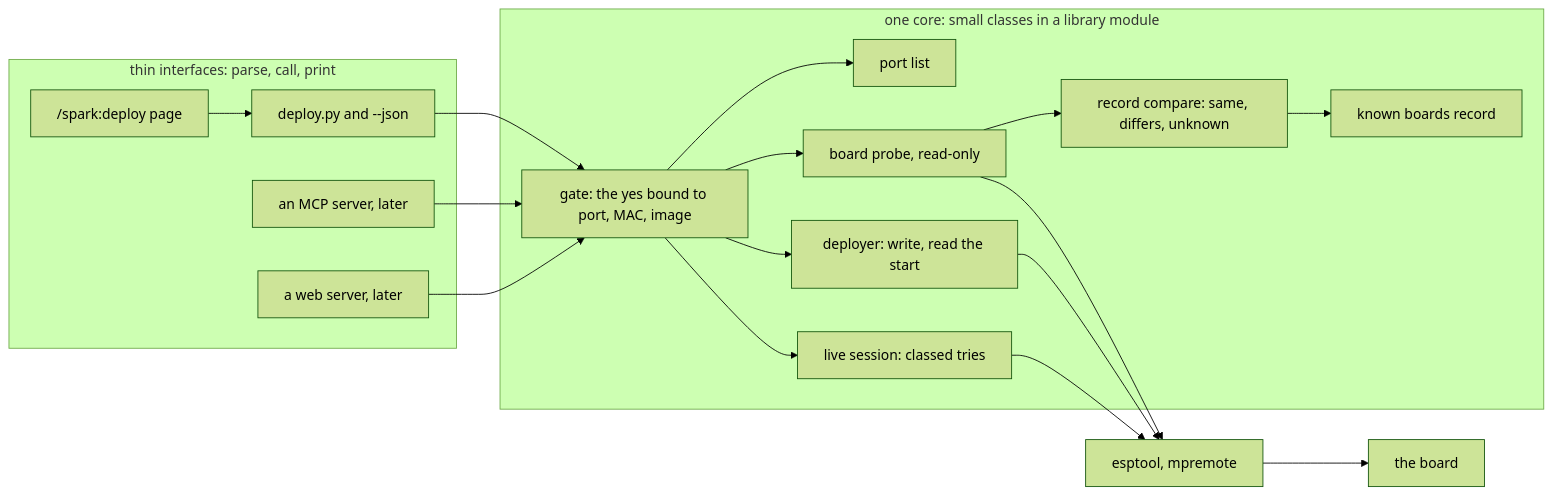
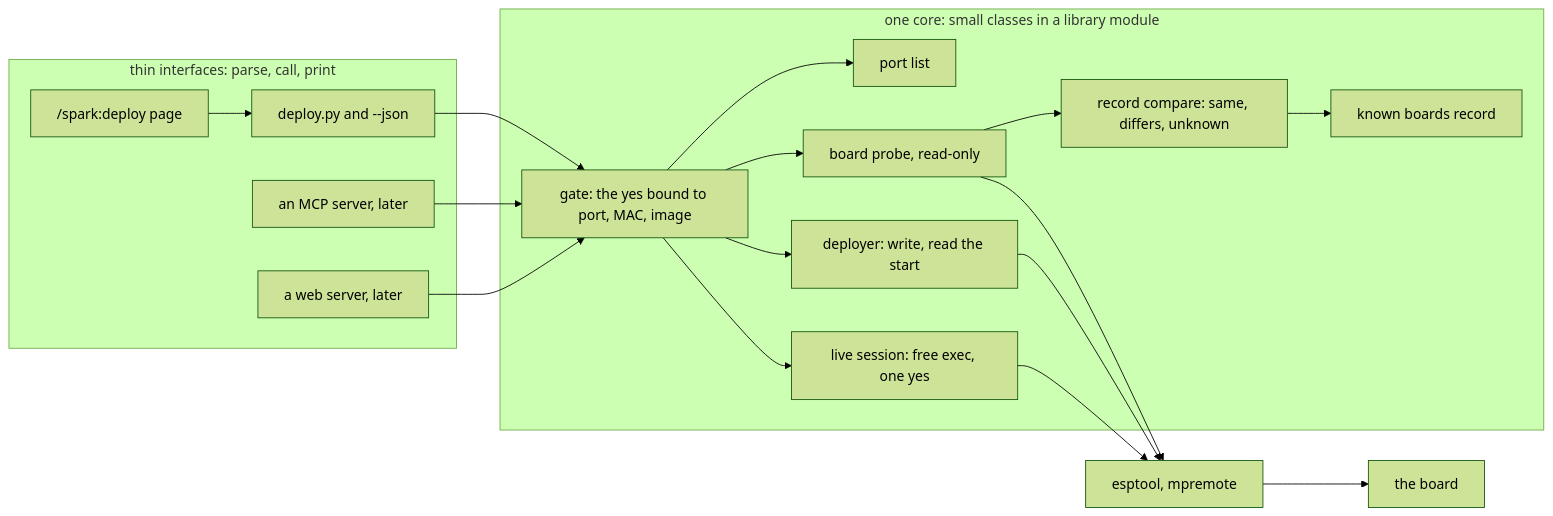
The diagram in docs/discovery/2026-10-13-p218-deploy-and-board/story-map.md (xmejkal/spark), drawn with Mermaid (forest theme) before and after one commit. The commit also changed other lines of this file and 5 other files, not shown here.

````diff
--- a/docs/discovery/2026-10-13-p218-deploy-and-board/story-map.md
+++ b/docs/discovery/2026-10-13-p218-deploy-and-board/story-map.md
@@ -68,32 +64,32 @@
 ```mermaid
 flowchart LR
   subgraph ifaces["thin interfaces: parse, call, print"]
     cli["deploy.py and --json"]
     cmd["/spark:deploy page"]
     mcp["an MCP server, later"]
     web["a web server, later"]
   end
   subgraph core["one core: small classes in a library module"]
     ports["port list"]
     probe["board probe, read-only"]
     cmp["record compare: same, differs, unknown"]
     gate["gate: the yes bound to port, MAC, image"]
     known["known boards record"]
     dep["deployer: write, read the start"]
-    live["live session: classed tries"]
+    live["live session: free exec, one yes"]
   end
   cli --> gate
   cmd --> cli
   mcp --> gate
   web --> gate
   gate --> ports
   gate --> probe
   probe --> cmp
   cmp --> known
   gate --> dep
   gate --> live
   dep --> tools["esptool, mpremote"]
   live --> tools
   probe --> tools
   tools --> board["the board"]
 ```
````
